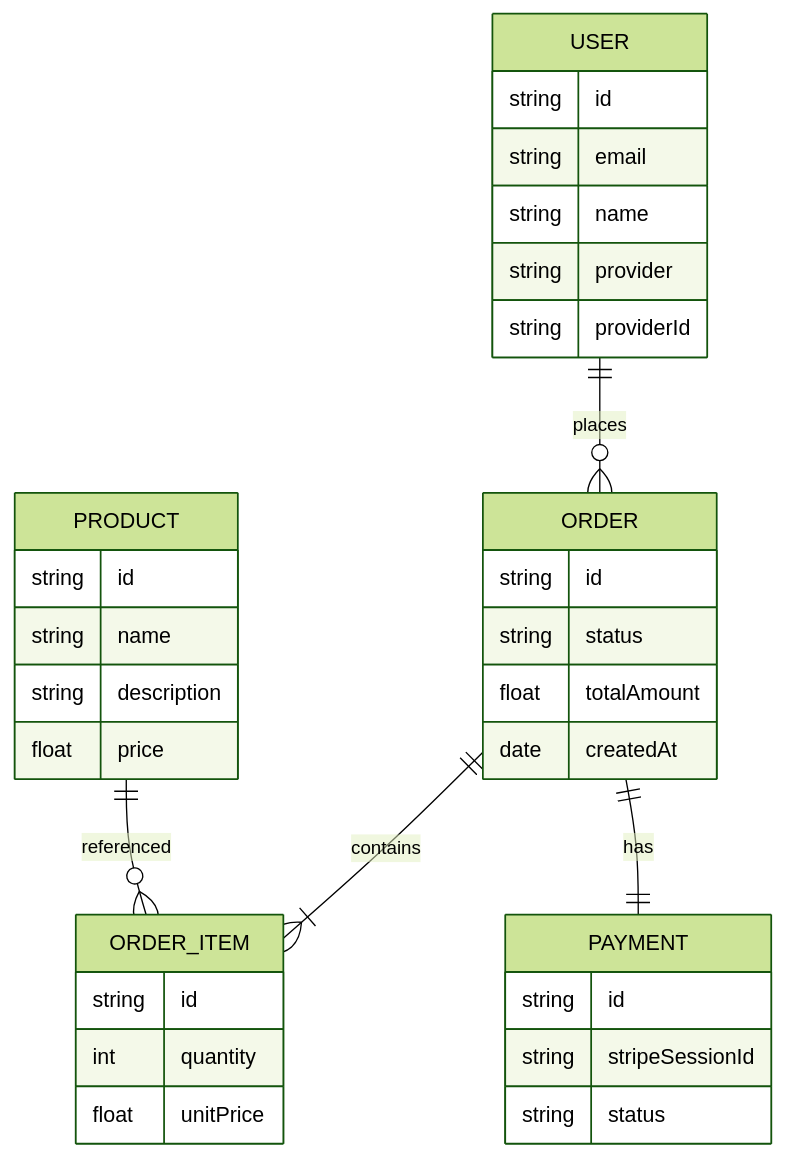
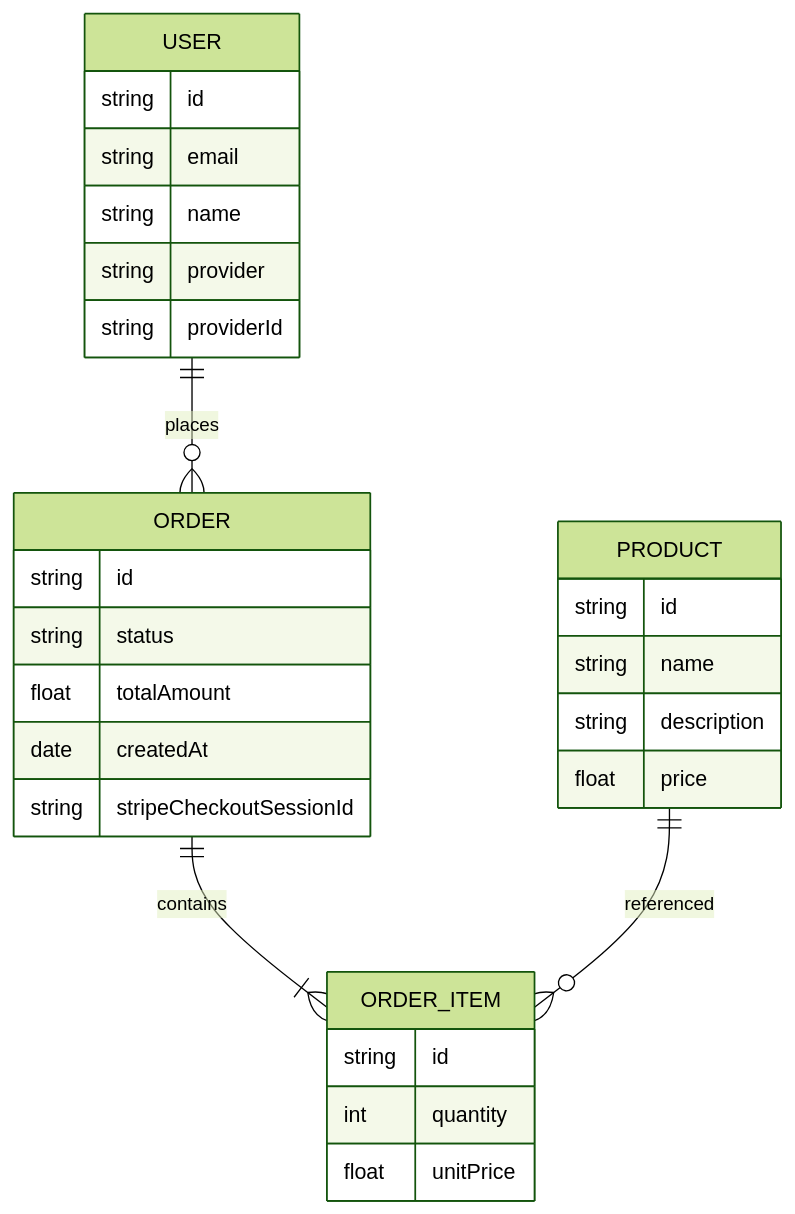
The fourth of 6 diagrams in docs/diagrammes.md (donovan-dev-web/FurniGo-Mobile-E-Commerce-App), drawn with Mermaid (forest theme) before and after one commit. The commit also changed other lines of this file and 40 other files, not shown here.

````diff
--- a/docs/diagrammes.md
+++ b/docs/diagrammes.md
@@ -77,42 +78,37 @@
 ```mermaid
 erDiagram
 
 USER ||--o{ ORDER : places
 ORDER ||--|{ ORDER_ITEM : contains
-ORDER ||--|| PAYMENT : has
 PRODUCT ||--o{ ORDER_ITEM : referenced
 
 USER {
     string id
     string email
     string name
     string provider
     string providerId
 }
 
 PRODUCT {
     string id
     string name
     string description
     float price
 }
 
 ORDER {
     string id
     string status
     float totalAmount
     date createdAt
+    string stripeCheckoutSessionId
 }
 
 ORDER_ITEM {
     string id
     int quantity
     float unitPrice
 }
 
-PAYMENT {
-    string id
-    string stripeSessionId
-    string status
-}
 ```
````
